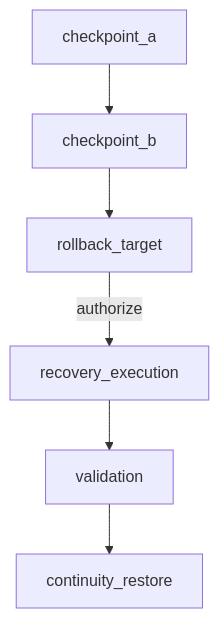
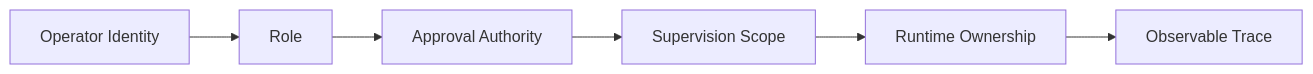
Before and after one commit to FrostXMello/odin-runtime: the second of 6 diagrams in README.md, drawn with Mermaid. The commit also changed other lines of this file and 30 other files, not shown here.

````diff
--- a/README.md
+++ b/README.md
@@ -104,8 +84,8 @@
 ```mermaid
-flowchart TD
-    CP1[checkpoint_a] --> CP2[checkpoint_b]
-    CP2 --> RT[rollback_target]
-    RT -->|authorize| EXEC[recovery_execution]
-    EXEC --> VAL[validation]
-    VAL --> CONT[continuity_restore]
+flowchart LR
+    ID[Operator Identity] --> ROLE[Role]
+    ROLE --> AUTH[Approval Authority]
+    AUTH --> SCOPE[Supervision Scope]
+    SCOPE --> OWN[Runtime Ownership]
+    OWN --> TRACE[Observable Trace]
 ```
````
